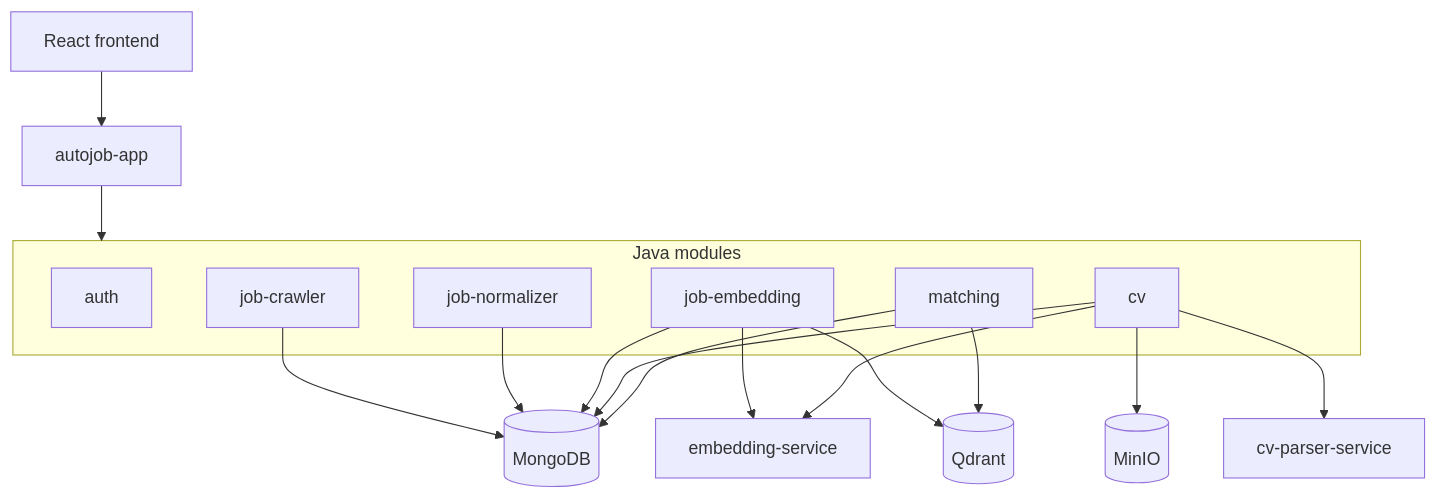
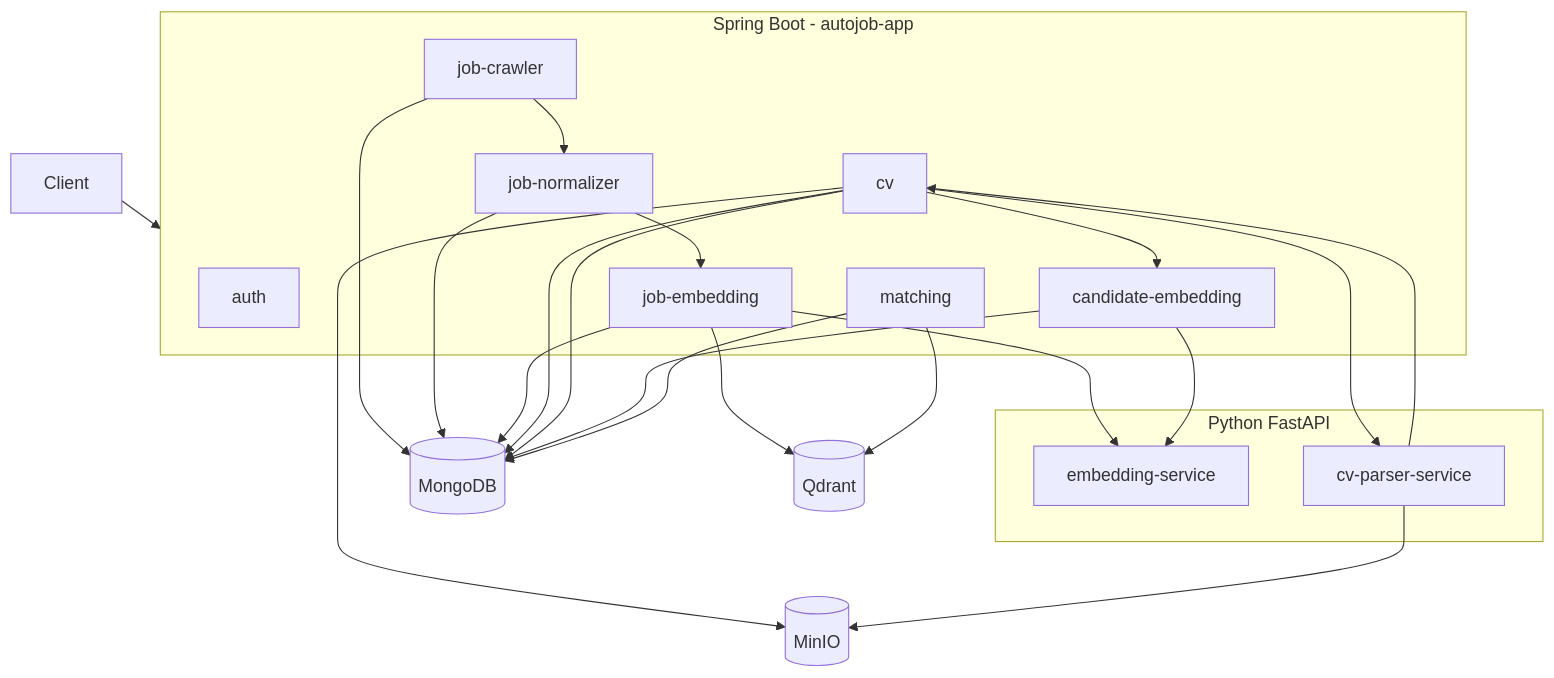
One commit to nguyenvanthanh1501bmt-hash/auto-job-matching changed the diagram in README.md. Above: the diagram before and after it, drawn with Mermaid. The commit also changed other lines of this file and 18 other files, not shown here.

````diff
--- a/README.md
+++ b/README.md
@@ -737,30 +63,52 @@
 ```mermaid
 flowchart TB
-    UI[React frontend] --> APP[autojob-app]
 
-    subgraph APP_MODULES["Java modules"]
+    CLIENT[Client]
+
+    subgraph APP["Spring Boot - autojob-app"]
         AUTH[auth]
         CRAWLER[job-crawler]
         NORMALIZER[job-normalizer]
-        JOB_EMBED[job-embedding]
+        JOBEMBED[job-embedding]
         CV[cv]
+        CANDEMBED[candidate-embedding]
         MATCHING[matching]
     end
 
-    APP --> APP_MODULES
+    subgraph AI["Python FastAPI"]
+        EMBEDDING[embedding-service]
+        CVPARSER[cv-parser-service]
+    end
 
-    CRAWLER --> MONGO[(MongoDB)]
+    MONGO[(MongoDB)]
+    QDRANT[(Qdrant)]
+    MINIO[(MinIO)]
+
+    CLIENT --> APP
+
+    CRAWLER --> MONGO
+    CRAWLER --> NORMALIZER
+
     NORMALIZER --> MONGO
-    JOB_EMBED --> MONGO
+    NORMALIZER --> JOBEMBED
+
+    JOBEMBED --> EMBEDDING
+    JOBEMBED --> MONGO
+    JOBEMBED --> QDRANT
+
+    CV --> MINIO
     CV --> MONGO
+    CV --> CVPARSER
+
+    CVPARSER --> MINIO
+    CVPARSER --> CV
+
+    CV --> MONGO
+    CV --> CANDEMBED
+
+    CANDEMBED --> EMBEDDING
+    CANDEMBED --> MONGO
+
     MATCHING --> MONGO
-
-    CV --> MINIO[(MinIO)]
-    CV --> CV_PARSER[cv-parser-service]
-
-    JOB_EMBED --> EMBEDDING[embedding-service]
-    CV --> EMBEDDING
-
-    JOB_EMBED --> QDRANT[(Qdrant)]
     MATCHING --> QDRANT
 ```
````
